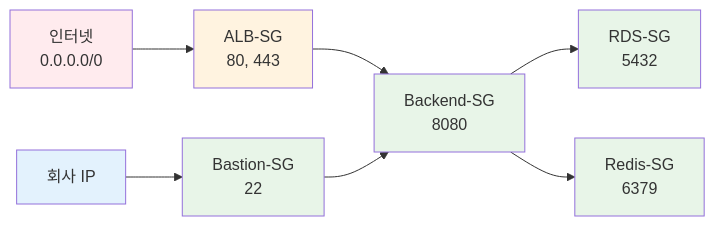
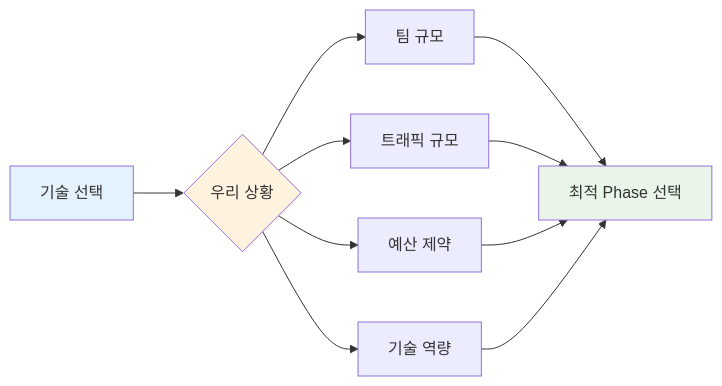
The sixth of 7 diagrams in theory/week_05/day5/session_4.md (niceguy61/kdt_devops_lecture_2025), drawn with Mermaid before and after one commit. The commit also changed other lines of this file, not shown here.

````diff
--- a/theory/week_05/day5/session_4.md
+++ b/theory/week_05/day5/session_4.md
@@ -1141,18 +708,17 @@
 ```mermaid
 graph LR
-    A[인터넷<br/>0.0.0.0/0] --> B[ALB-SG<br/>80, 443]
-    B --> C[Backend-SG<br/>8080]
-    C --> D[RDS-SG<br/>5432]
-    C --> E[Redis-SG<br/>6379]
+    A[기술 선택] --> B{우리 상황}
+    B --> C[팀 규모]
+    B --> D[트래픽 규모]
+    B --> E[예산 제약]
+    B --> F[기술 역량]
     
-    F[회사 IP] --> G[Bastion-SG<br/>22]
-    G --> C
+    C --> G[최적 Phase 선택]
+    D --> G
+    E --> G
+    F --> G
     
-    style A fill:#ffebee
+    style A fill:#e3f2fd
     style B fill:#fff3e0
-    style C fill:#e8f5e8
-    style D fill:#e8f5e8
-    style E fill:#e8f5e8
-    style F fill:#e3f2fd
     style G fill:#e8f5e8
 ```
````
